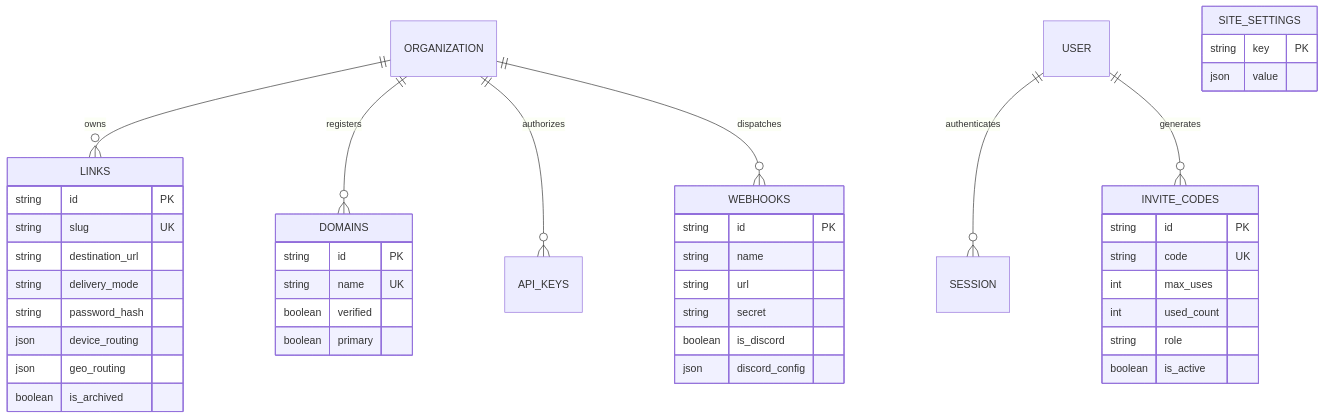
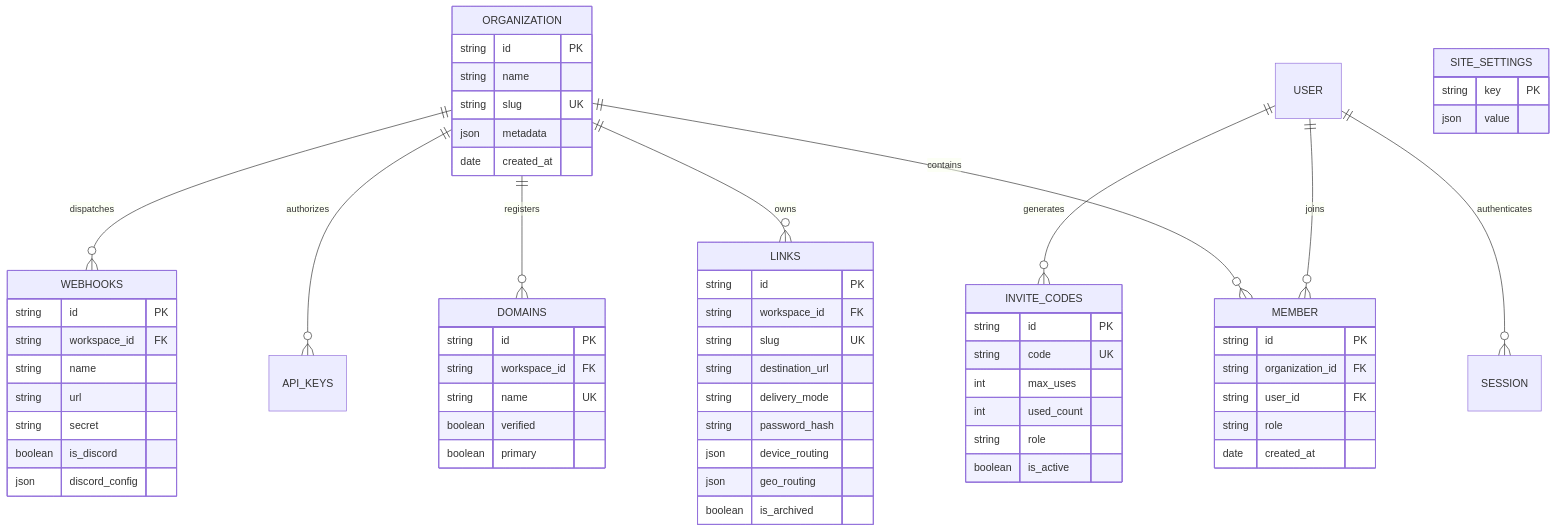
The diagram in AGENT_GUIDE.md (rinme/run), drawn with Mermaid before and after one commit. The commit also changed other lines of this file and 2 other files, not shown here.

Commit message:
docs: update README, AGENT.md, and AGENT_GUIDE.md with workspace isolation, backup, and release protocols

````diff
--- a/AGENT_GUIDE.md
+++ b/AGENT_GUIDE.md
@@ -259,50 +288,71 @@
 ```mermaid
 erDiagram
+    ORGANIZATION ||--o{ MEMBER : contains
     ORGANIZATION ||--o{ LINKS : owns
     ORGANIZATION ||--o{ DOMAINS : registers
     ORGANIZATION ||--o{ API_KEYS : authorizes
     ORGANIZATION ||--o{ WEBHOOKS : dispatches
+    USER ||--o{ MEMBER : joins
     USER ||--o{ SESSION : authenticates
     USER ||--o{ INVITE_CODES : generates
 
+    ORGANIZATION {
+        string id PK
+        string name
+        string slug UK
+        json metadata
+        date created_at
+    }
+
+    MEMBER {
+        string id PK
+        string organization_id FK
+        string user_id FK
+        string role
+        date created_at
+    }
+
     LINKS {
         string id PK
+        string workspace_id FK
         string slug UK
         string destination_url
         string delivery_mode
         string password_hash
         json device_routing
         json geo_routing
         boolean is_archived
     }
 
     DOMAINS {
         string id PK
+        string workspace_id FK
         string name UK
         boolean verified
         boolean primary
     }
 
     INVITE_CODES {
         string id PK
         string code UK
         int max_uses
         int used_count
         string role
         boolean is_active
     }
 
     SITE_SETTINGS {
         string key PK
         json value
     }
 
     WEBHOOKS {
         string id PK
+        string workspace_id FK
         string name
         string url
         string secret
         boolean is_discord
         json discord_config
     }
 ```
````
